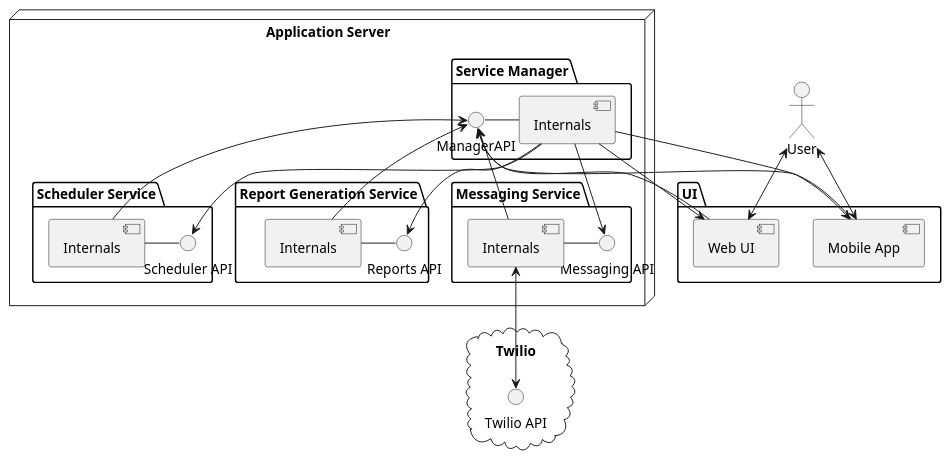
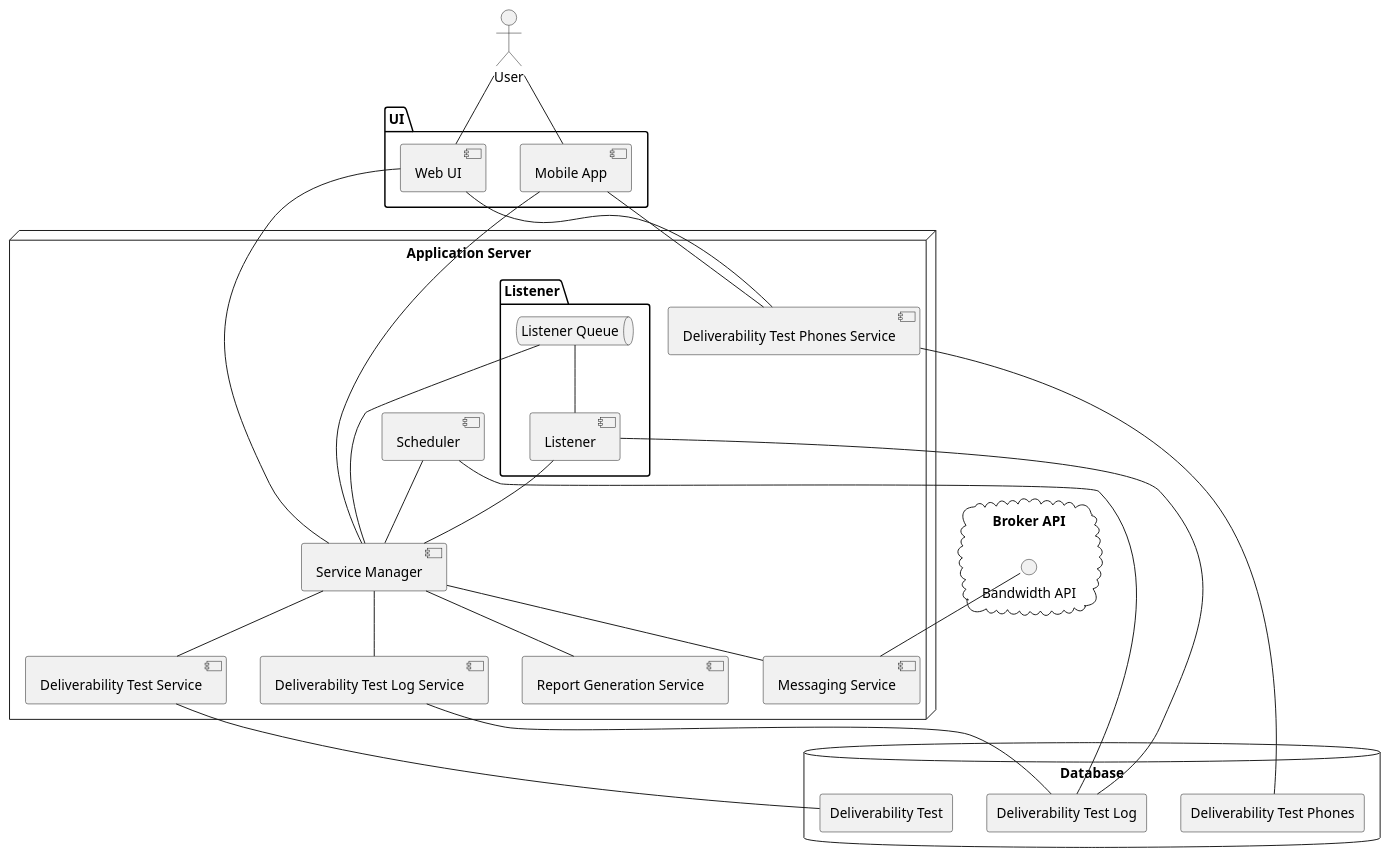
One commit to Xyz0074/testing-diagrams changed the diagram in src/microservices-component-diagram.puml. Above: the diagram before and after it, drawn with PlantUML.

Commit message:
Created new diagram for revised architecture to help create and understand new sequence diagrams.

```diff
--- a/src/microservices-component-diagram.puml
+++ b/src/microservices-component-diagram.puml
@@ -1,52 +1,67 @@
 @startuml
 
+/'Defines all the components in the diagram, including the actor.'/
 User as user
 
-package "UI" {
-    component [Mobile App] as mobile_app
-    component [Web UI] as web_ui
-    user <--> mobile_app
-    user <--> web_ui
+package UI {
+    component "Web UI" as web_ui
+    component "Mobile App" as mobile_app
 }
 
 node "Application Server" {
-    package "Service Manager" {
-        interface "ManagerAPI" as manager_api
-        component [Internals] as service_manager_internals
-        manager_api - service_manager_internals
-        mobile_app --> manager_api
-        web_ui --> manager_api
-        service_manager_internals --> mobile_app
-        service_manager_internals --> web_ui
+    component "Service Manager" as service_manager
+
+    package "Listener" {
+        queue "Listener Queue" as listener_queue
+        component "Listener" as listener
     }
 
-    package "Scheduler Service" {
-        interface "Scheduler API" as scheduler_api
-        component [Internals] as scheduler_internals
-        scheduler_api - scheduler_internals
-        service_manager_internals --> scheduler_api
-        scheduler_internals --> manager_api
-    }
-
-    package "Report Generation Service" {
-        interface "Reports API" as reports_api
-        component [Internals] as reports_internals
-        reports_api - reports_internals
-        service_manager_internals --> reports_api
-        reports_internals --> manager_api
-    }
-
-    package "Messaging Service" {
-        interface "Messaging API" as messaging_api
-        component [Internals] as messaging_internals
-        messaging_api - messaging_internals
-        service_manager_internals --> messaging_api
-        messaging_internals --> manager_api
-    }
+    component "Deliverability Test Log Service" as dtl_service
+    component "Deliverability Test Service" as dt_service
+    component "Deliverability Test Phones Service" as dtp_service
+    component "Report Generation Service" as rg_service
+    component "Scheduler" as scheduler
+    component "Messaging Service" as messenger
 }
 
-cloud Twilio {
-    interface "Twilio API" as twilio
-    messaging_internals <--> twilio
+cloud "Broker API" {
+    interface "Bandwidth API" as bandwidth
 }
+
+database Database {
+    skinparam componentStyle rectangle
+    component "Deliverability Test Log" as dtl
+    component "Deliverability Test" as dt
+    component "Deliverability Test Phones" as dtp
+    skinparam componentStyle uml2
+}
+
+/'Defines the interactions between the components in the diagram.'/
+/'Frontend Interactions'/
+user -- web_ui
+user -- mobile_app
+web_ui -- service_manager
+mobile_app -- service_manager
+web_ui -- dtp_service
+mobile_app -- dtp_service
+
+/'Backend Interactions'/
+service_manager -- listener_queue
+listener_queue -- listener
+listener -- service_manager
+service_manager -- dt_service
+service_manager -- dtl_service
+service_manager -- rg_service
+scheduler -- service_manager
+service_manager -- messenger
+
+/'Database Interactions'/
+listener -- dtl
+scheduler -- dtl
+dtp_service -- dtp
+dtl_service -- dtl
+dt_service -- dt
+
+/'Third Party Interactions'/
+bandwidth -- messenger
 @enduml
```
